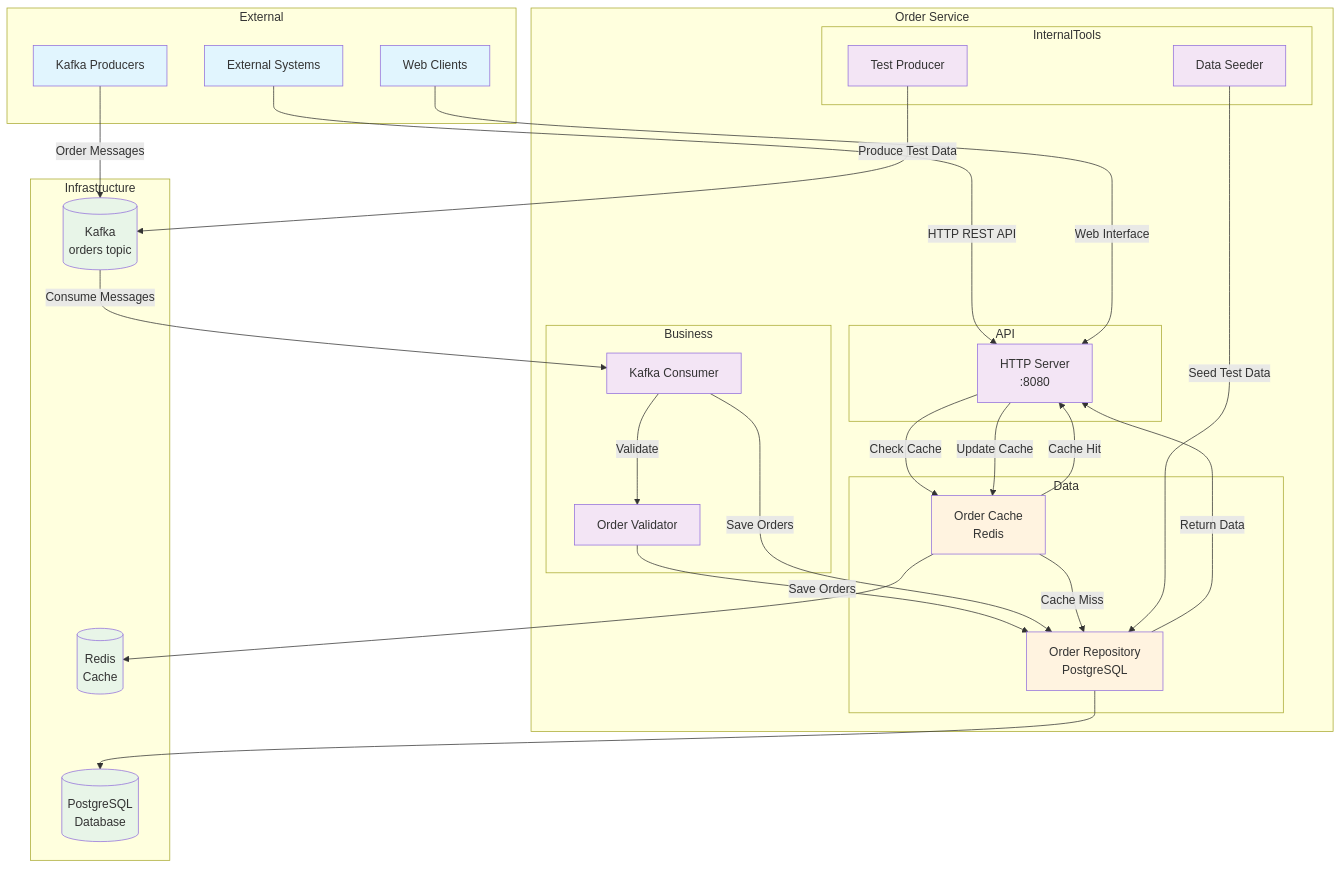
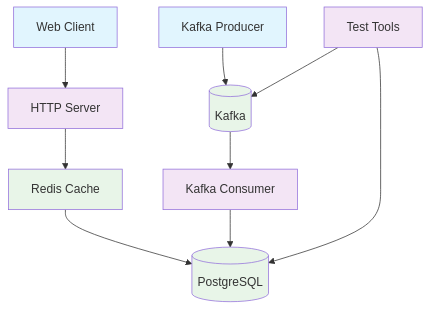
The diagram in docs/architecture.mmd (Champloot/order-service), drawn with Mermaid before and after one commit.

Commit message:
update architecture

```diff
--- a/docs/architecture.mmd
+++ b/docs/architecture.mmd
@@ -1,70 +1,24 @@
 flowchart TB
-    subgraph External
-        A[External Systems]
-        B[Web Clients]
-        K[Kafka Producers]
-    end
+    %% Внешние системы
+    Client[Web Client] --> HTTP[HTTP Server]
+    Producer[Kafka Producer] --> Kafka[(Kafka)]
 
-    subgraph OrderService[Order Service]
-        subgraph API
-            C[HTTP Server<br>:8080]
-        end
-        
-        subgraph Business
-            D[Kafka Consumer]
-            E[Order Validator]
-        end
-        
-        subgraph Data
-            F[Order Cache<br>Redis]
-            G[Order Repository<br>PostgreSQL]
-        end
-        
-        subgraph InternalTools
-            H[Test Producer]
-            I[Data Seeder]
-        end
-    end
+    %% Основной сервис
+    HTTP --> Cache[Redis Cache]
+    Cache --> DB[(PostgreSQL)]
+    
+    Kafka --> Consumer[Kafka Consumer]
+    Consumer --> DB
 
-    subgraph Infrastructure
-        J[(Kafka<br>orders topic)]
-        L[(Redis<br>Cache)]
-        M[(PostgreSQL<br>Database)]
-    end
+    %% Инструменты разработки
+    TestTool[Test Tools] --> Kafka
+    TestTool --> DB
 
-    %% External interactions
-    A -->|HTTP REST API| C
-    B -->|Web Interface| C
-    K -->|Order Messages| J
-    
-    %% Internal service flow
-    J -->|Consume Messages| D
-    D -->|Validate| E
-    E -->|Save Orders| G
-    D -->|Save Orders| G
-    
-    %% API data flow
-    C -->|Check Cache| F
-    F -->|Cache Hit| C
-    F -->|Cache Miss| G
-    G -->|Return Data| C
-    C -->|Update Cache| F
-    
-    %% Data layer connections
-    F --> L
-    G --> M
-    
-    %% Internal tools
-    H -->|Produce Test Data| J
-    I -->|Seed Test Data| G
-
-    %% Styling
+    %% Стили
     classDef external fill:#e1f5fe
     classDef service fill:#f3e5f5
-    classDef infrastructure fill:#e8f5e8
-    classDef data fill:#fff3e0
+    classDef storage fill:#e8f5e8
     
-    class A,B,K external
-    class C,D,E,H,I service
-    class J,L,M infrastructure
-    class F,G data
+    class Client,Producer external
+    class HTTP,Consumer,TestTool service
+    class Cache,DB,Kafka storage
```
